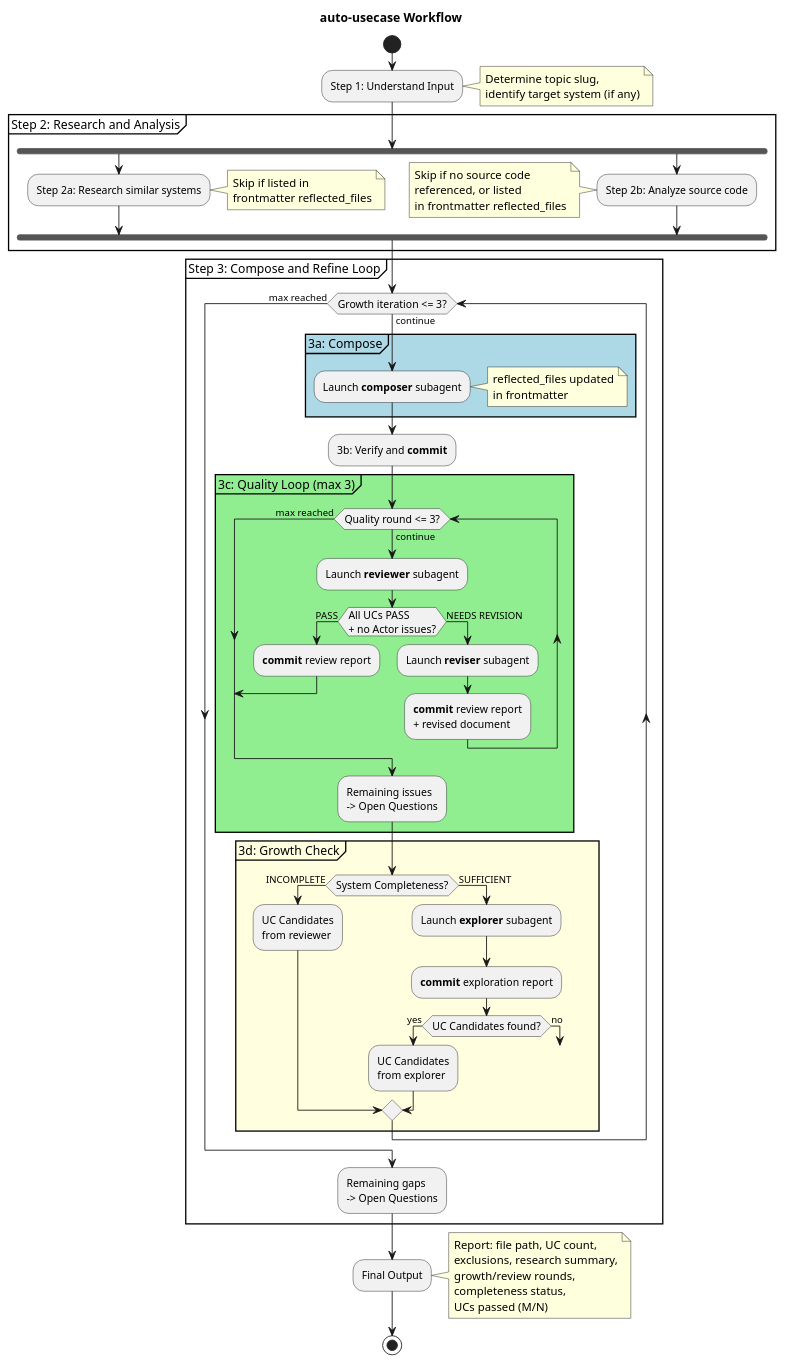
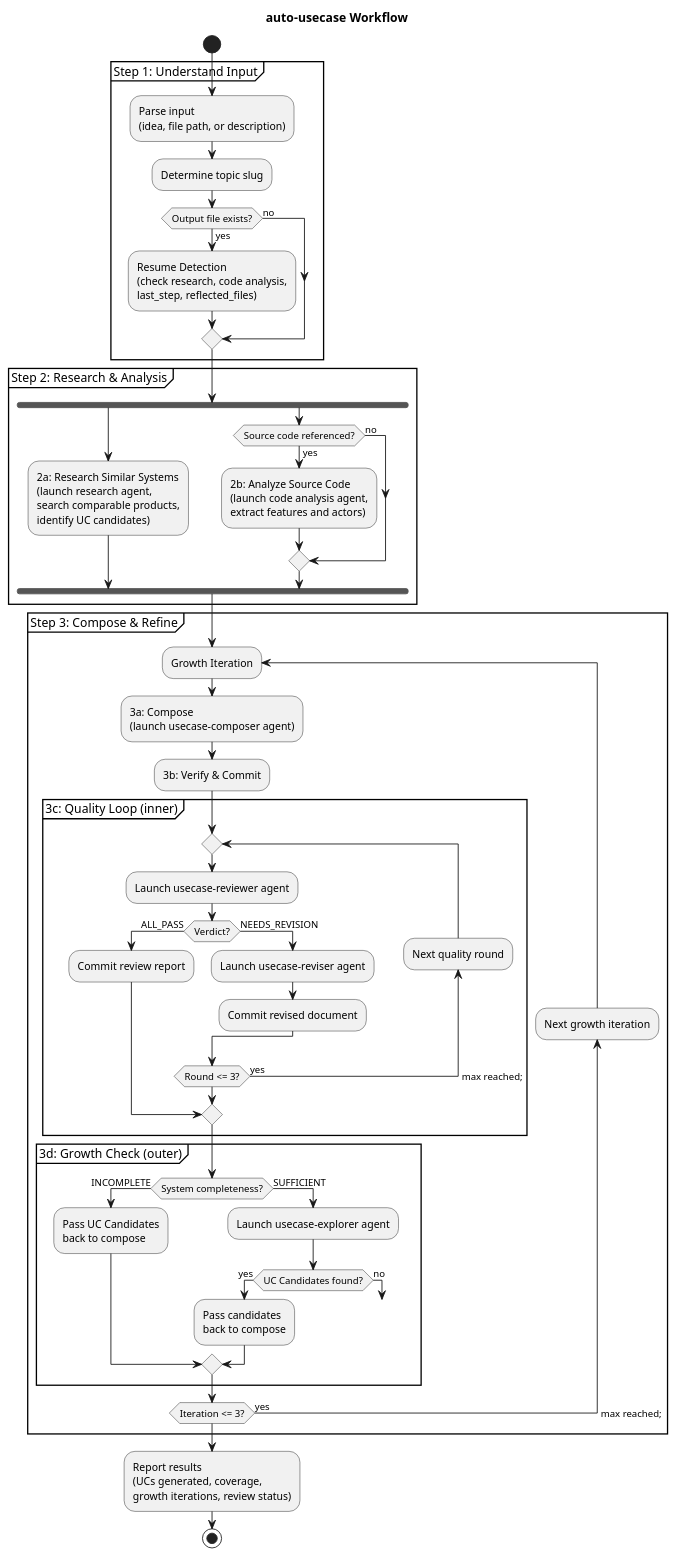
One commit to studykit/studykit-marketplace changed the diagram in plugins/think/skills/auto-usecase/README.md. Above: the diagram before and after it, drawn with PlantUML. The commit also changed other lines of this file and 32 other files, not shown here.

````diff
--- a/plugins/think/skills/auto-usecase/README.md
+++ b/plugins/think/skills/auto-usecase/README.md
@@ -7,86 +7,81 @@
 ```plantuml
-@startuml auto-usecase-workflow
+@startuml
 title auto-usecase Workflow
-skinparam activityFontSize 12
 
 start
 
-:Step 1: Understand Input;
-note right
-  Determine topic slug,
-  identify target system (if any)
-end note
+partition "Step 1: Understand Input" {
+  :Parse input
+  (idea, file path, or description);
+  :Determine topic slug;
+  if (Output file exists?) then (yes)
+    :Resume Detection
+    (check research, code analysis,
+    last_step, reflected_files);
+  else (no)
+  endif
+}
 
-partition "Step 2: Research and Analysis" {
+partition "Step 2: Research & Analysis" {
   fork
-    :Step 2a: Research similar systems;
-    note right
-      Skip if listed in
-      frontmatter reflected_files
-    end note
+    :2a: Research Similar Systems
+    (launch research agent,
+    search comparable products,
+    identify UC candidates);
   fork again
-    :Step 2b: Analyze source code;
-    note left
-      Skip if no source code
-      referenced, or listed
-      in frontmatter reflected_files
-    end note
+    if (Source code referenced?) then (yes)
+      :2b: Analyze Source Code
+      (launch code analysis agent,
+      extract features and actors);
+    else (no)
+    endif
   end fork
 }
 
-partition "Step 3: Compose and Refine Loop" {
+partition "Step 3: Compose & Refine" {
+  repeat :Growth Iteration;
 
-  while (Growth iteration <= 3?) is (continue)
+    :3a: Compose
+    (launch usecase-composer agent);
 
-    partition "3a: Compose" #LightBlue {
-      :Launch **composer** subagent;
-      note right: reflected_files updated\nin frontmatter
+    :3b: Verify & Commit;
+
+    partition "3c: Quality Loop (inner)" {
+      repeat
+        :Launch usecase-reviewer agent;
+        if (Verdict?) then (ALL_PASS)
+          :Commit review report;
+          break
+        else (NEEDS_REVISION)
+          :Launch usecase-reviser agent;
+          :Commit revised document;
+        endif
+      backward :Next quality round;
+      repeat while (Round <= 3?) is (yes) ->max reached;
     }
 
-    :3b: Verify and **commit**;
-
-    partition "3c: Quality Loop (max 3)" #LightGreen {
-      while (Quality round <= 3?) is (continue)
-        :Launch **reviewer** subagent;
-
-        if (All UCs PASS\n+ no Actor issues?) then (PASS)
-          :**commit** review report;
-          break
-        else (NEEDS REVISION)
-          :Launch **reviser** subagent;
-          :**commit** review report\n+ revised document;
-        endif
-      endwhile (max reached)
-      :Remaining issues\n-> Open Questions;
-    }
-
-    partition "3d: Growth Check" #LightYellow {
-      if (System Completeness?) then (INCOMPLETE)
-        :UC Candidates\nfrom reviewer;
+    partition "3d: Growth Check (outer)" {
+      if (System completeness?) then (INCOMPLETE)
+        :Pass UC Candidates
+        back to compose;
       else (SUFFICIENT)
-        :Launch **explorer** subagent;
-        :**commit** exploration report;
-
+        :Launch usecase-explorer agent;
         if (UC Candidates found?) then (yes)
-          :UC Candidates\nfrom explorer;
+          :Pass candidates
+          back to compose;
         else (no)
           break
         endif
       endif
     }
 
-  endwhile (max reached)
-  :Remaining gaps\n-> Open Questions;
+  backward :Next growth iteration;
+  repeat while (Iteration <= 3?) is (yes) ->max reached;
 }
 
-:Final Output;
-note right
-  Report: file path, UC count,
-  exclusions, research summary,
-  growth/review rounds,
-  completeness status,
-  UCs passed (M/N)
-end note
+:Report results
+(UCs generated, coverage,
+growth iterations, review status);
 
 stop
 
````
